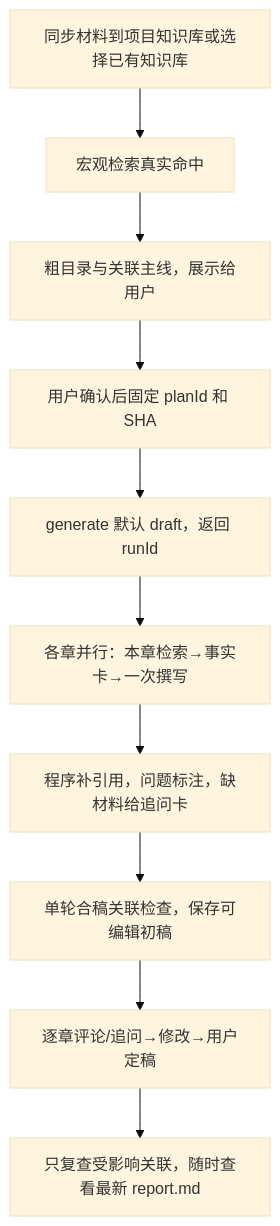
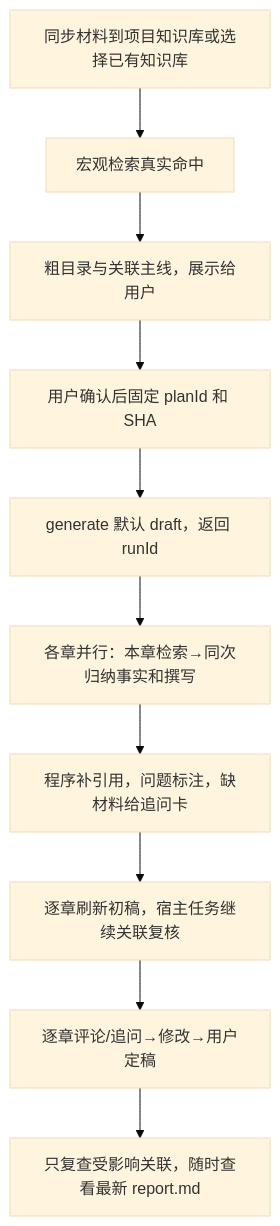
One commit to z460046000-ops/WLYD_content changed the diagram in README.md. Above: the diagram before and after it, drawn with Mermaid (base theme). The commit also changed other lines of this file and 29 other files, not shown here.

````diff
--- a/README.md
+++ b/README.md
@@ -93,12 +96,12 @@
 ```mermaid
 flowchart TD
     A[同步材料到项目知识库或选择已有知识库] --> B[宏观检索真实命中]
     B --> C[粗目录与关联主线，展示给用户]
     C --> D[用户确认后固定 planId 和 SHA]
     D --> E[generate 默认 draft，返回 runId]
-    E --> F[各章并行：本章检索→事实卡→一次撰写]
+    E --> F[各章并行：本章检索→同次归纳事实和撰写]
     F --> G[程序补引用，问题标注，缺材料给追问卡]
-    G --> H[单轮合稿关联检查，保存可编辑初稿]
+    G --> H[逐章刷新初稿，宿主任务继续关联复核]
     H --> I[逐章评论/追问→修改→用户定稿]
     I --> J[只复查受影响关联，随时查看最新 report.md]
 ```
````
